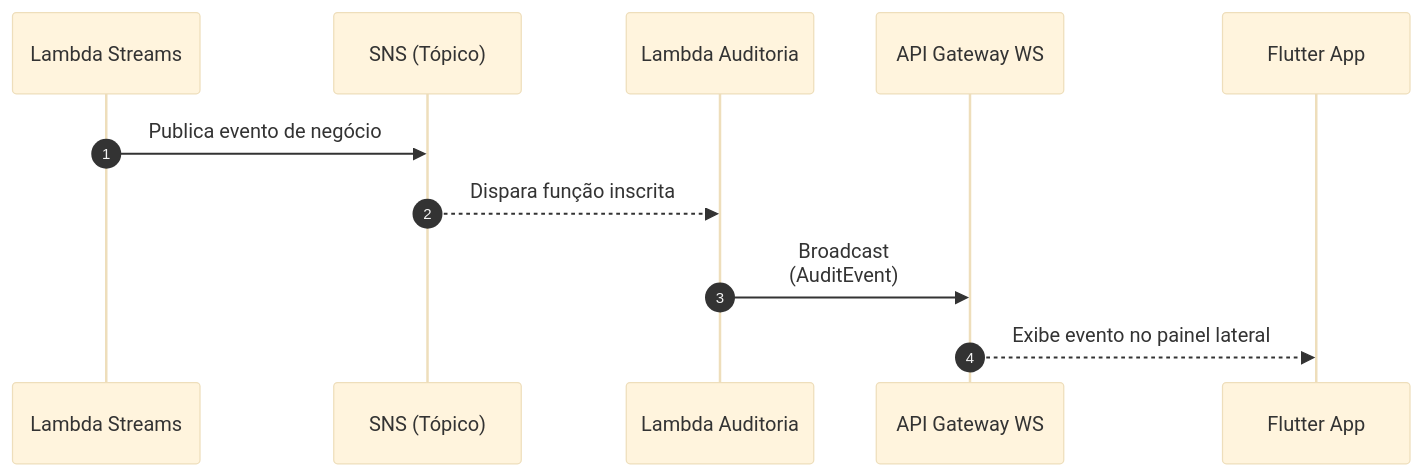
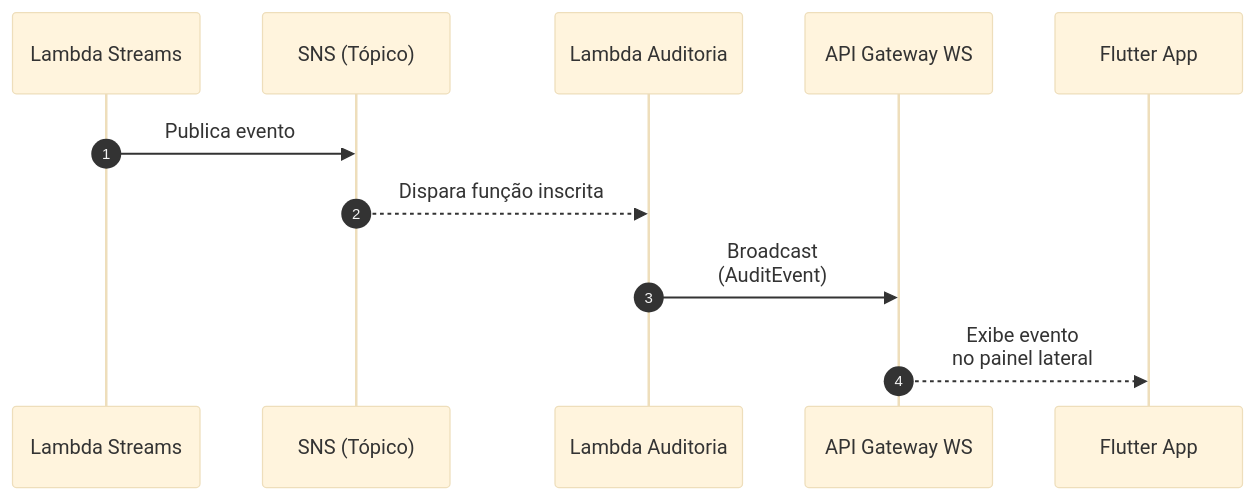
One commit to vitorang/CloudFlow changed the second of 3 diagrams in README.md. Above: the diagram before and after it, drawn with Mermaid (base theme). The commit also changed other lines of this file, not shown here.

Commit message:
Melhoria de visualização de diagramas

````diff
--- a/README.md
+++ b/README.md
@@ -34,8 +34,8 @@
 ```mermaid
 sequenceDiagram
     autonumber
-    Lambda Streams->>SNS (Tópico): Publica evento de negócio
+    Lambda Streams->>SNS (Tópico): Publica evento
     SNS (Tópico)-->>Lambda Auditoria: Dispara função inscrita
     Lambda Auditoria->>API Gateway WS: Broadcast<br/>(AuditEvent)
-    API Gateway WS-->>Flutter App: Exibe evento no painel lateral
+    API Gateway WS-->>Flutter App: Exibe evento<br/>no painel lateral
 ```
````
